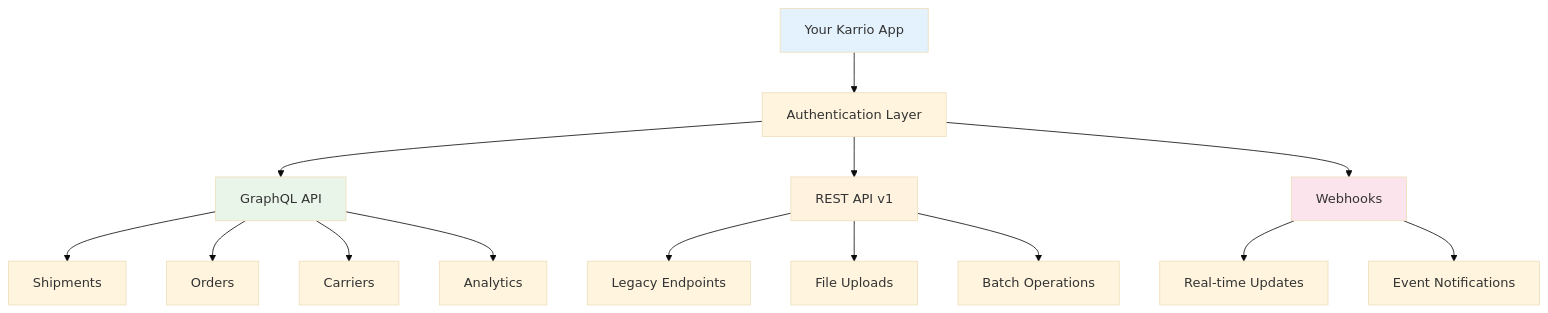
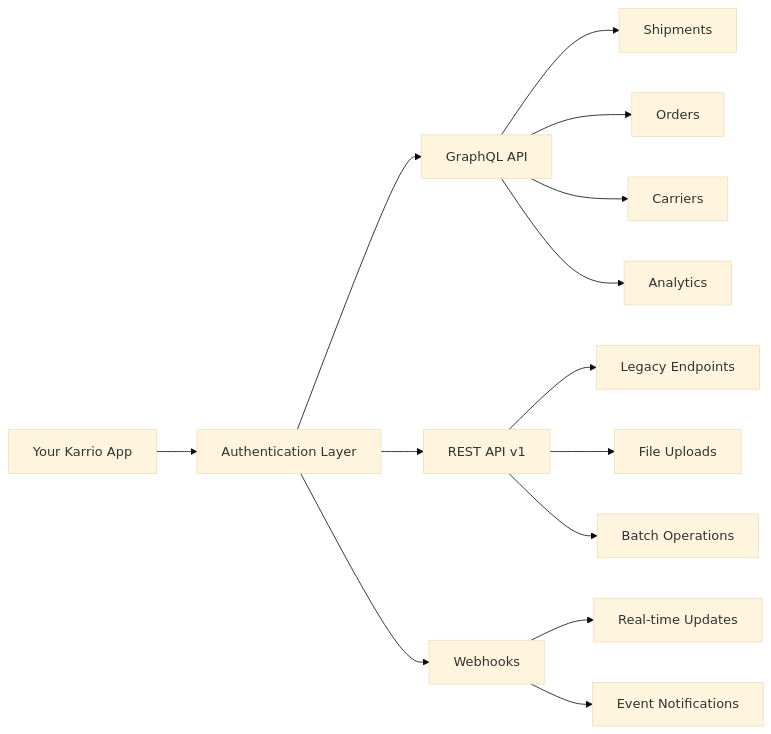
One commit to karrioapi/karrio changed the diagram in apps/web/src/app/docs/platform/app-store/api-integration/page.mdx. Above: the diagram before and after it, drawn with Mermaid (base theme). The commit also changed 34 other files, not shown here.

````diff
--- a/apps/web/src/app/docs/platform/app-store/api-integration/page.mdx
+++ b/apps/web/src/app/docs/platform/app-store/api-integration/page.mdx
@@ -45,24 +45,21 @@
 ```mermaid
-graph TB
+graph LR
     A[Your Karrio App] --> B[Authentication Layer]
     B --> C[GraphQL API]
     B --> D[REST API v1]
     B --> E[Webhooks]
 
     C --> F[Shipments]
     C --> G[Orders]
     C --> H[Carriers]
     C --> I[Analytics]
 
     D --> J[Legacy Endpoints]
     D --> K[File Uploads]
     D --> L[Batch Operations]
 
     E --> M[Real-time Updates]
     E --> N[Event Notifications]
 
-    style A fill:#e3f2fd
-    style C fill:#e8f5e8
-    style D fill:#fff3e0
-    style E fill:#fce4ec
+    
 ```
````
